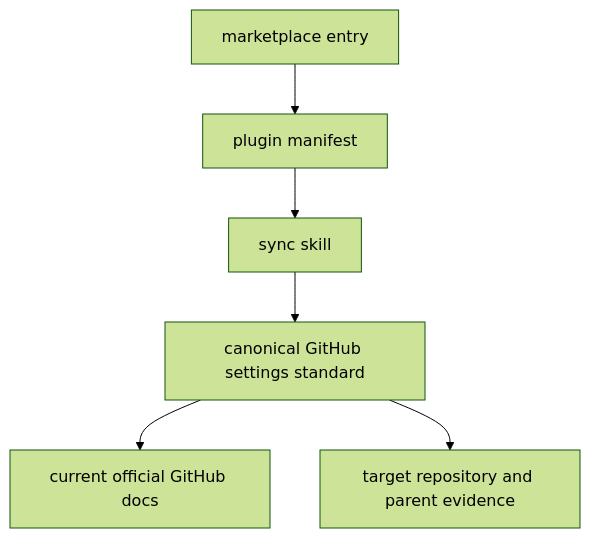
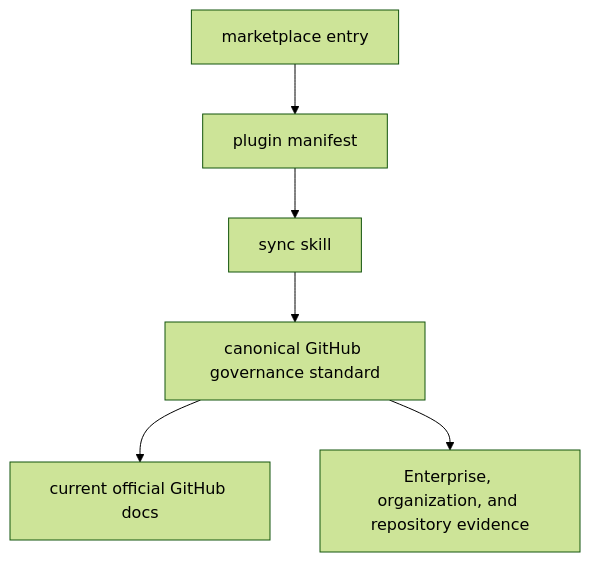
One commit to acg-box/agentry changed the diagram in openwiki/gh-settings.md. Above: the diagram before and after it, drawn with Mermaid (forest theme). The commit also changed other lines of this file and 7 other files, not shown here.

First line of the commit message:
Centralize GitHub organization governance

````diff
--- a/openwiki/gh-settings.md
+++ b/openwiki/gh-settings.md
@@ -33,8 +31,8 @@
 ```mermaid
 flowchart TD
     marketplace["marketplace entry"] --> plugin["plugin manifest"]
     plugin --> skill["sync skill"]
-    skill --> standard["canonical GitHub settings standard"]
+    skill --> standard["canonical GitHub governance standard"]
     standard --> currentDocs["current official GitHub docs"]
-    standard --> target["target repository and parent evidence"]
+    standard --> target["Enterprise, organization, and repository evidence"]
 ```
````
